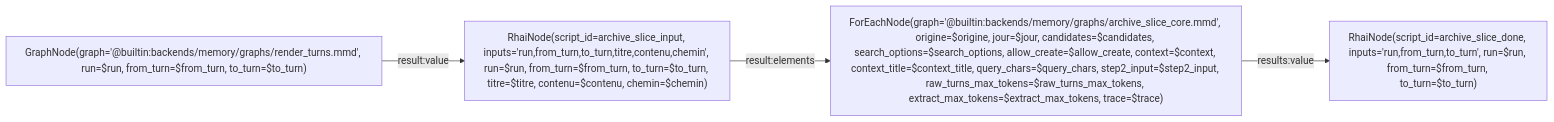
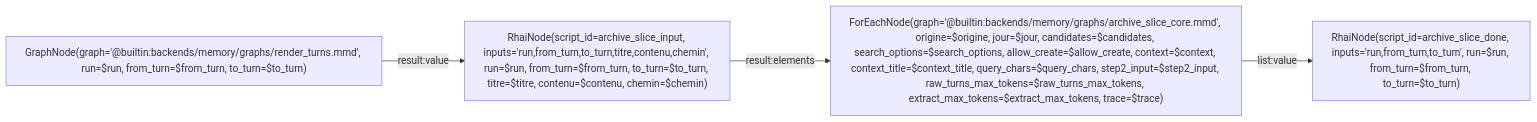
Before and after one commit to L-Defraiteur/rag3db: the diagram in extension/rag3weaver/templates/backends/memory/graphs/archive_slice.mmd, drawn with Mermaid. The commit also changed 2 other files, not shown here.

Commit message:
fix(memoire): render_turns et archive_slice lisent un ForEach par son port list ; les retours à la ligne du rendu hors des chaînes brutes de Rhai

```diff
--- a/extension/rag3weaver/templates/backends/memory/graphs/archive_slice.mmd
+++ b/extension/rag3weaver/templates/backends/memory/graphs/archive_slice.mmd
@@ -1,30 +1,30 @@
 %% tool: archive_slice
 %% description: Files one slice of a conversation in two steps — by run and turn range (the host: the slice is rendered from its Turn rows and kept as its Source) or by contenu (the banc) (18 November 2026, Lucie's form). Step 1, a structured extraction over the whole slice, without the base: the model returns the slice summary, its topics (title, turn ranges, what is said, whether it is still open, free attributes) and the turns set aside. Step 2, one Decide per topic against the recalled fiches, as `archive` does for a section. A turn that no topic covers and no reason sets aside goes to a residual « reste » segment: nothing falls silently. The slice is kept as its Source (L0, written once). Each L1 has the section « turns a-b · <title> ». The report adds `slice_summary` and `open` (the topics still open at the end of the slice) and, with run, `archived_through_turn`: to_turn when the slice is filed without error, from_turn - 1 otherwise (the host files it again). An extraction that is not the requested JSON fails the call, naming response_schema.
 %% param: run string = "" -- The run whose turns are filed (the host's call): the slice is rendered from its Turn rows by render_turns, between from_turn and to_turn. Empty: contenu is filed as given (the banc).
 %% param: from_turn int = 0 -- The first turn of the slice, included.
 %% param: to_turn int = 0 -- The last turn of the slice, included.
 %% param: titre string = "" -- The slice title; empty with run: « run <run>, turns <a>-<b> ».
 %% param: contenu string = "" -- Without run: the slice, in the single form render_turns gives (one « ## turn <n> » per turn, one « ### <role> · <time> » per message).
 %% param: chemin string = "" -- The path of the slice Source; empty with run: sources/<run slug>-turns-<a>-<b>.md.
 %% param: origine string = "run_trace" -- The origin of the Source.
 %% param: jour string = "" -- The day, AAAA-MM-JJ: only for a default path, which archive_slice always gives.
 %% param: candidates int = 5 -- Candidate fiches recalled per topic.
 %% param: search_options json = {"limit": 8} -- The options of the candidate search.
 %% param: allow_create bool = false -- create allowed (off by default, as in archive).
 %% param: context string = "" -- What precedes the slice, shown to the model and never filed.
 %% param: context_title string = "Ce qui précède (déjà rangé, ne pas ranger) :" -- The title before context in the step 2 prompt.
 %% param: query_chars int = 4000 -- The bound of the candidate search query.
 %% param: step2_input string = "both" -- What step 2 reads for a topic: extracted (the extracted « said »), raw_turns (its raw turns) or both.
 %% param: raw_turns_max_tokens int = 12000 -- The bound of the raw turns of one topic, in estimated tokens (characters / 4).
 %% param: extract_max_tokens int = 8192 -- The output bound of the extraction call.
 %% param: trace bool = false -- The report also carries `results`, one entry per topic (as archive).
 %% result: done.result
 
 graph LR
     render["GraphNode(graph='@builtin:backends/memory/graphs/render_turns.mmd', run=$run, from_turn=$from_turn, to_turn=$to_turn)"]
     slice["RhaiNode(script_id=archive_slice_input, inputs='run,from_turn,to_turn,titre,contenu,chemin', run=$run, from_turn=$from_turn, to_turn=$to_turn, titre=$titre, contenu=$contenu, chemin=$chemin)"]
     core["ForEachNode(graph='@builtin:backends/memory/graphs/archive_slice_core.mmd', origine=$origine, jour=$jour, candidates=$candidates, search_options=$search_options, allow_create=$allow_create, context=$context, context_title=$context_title, query_chars=$query_chars, step2_input=$step2_input, raw_turns_max_tokens=$raw_turns_max_tokens, extract_max_tokens=$extract_max_tokens, trace=$trace)"]
     done["RhaiNode(script_id=archive_slice_done, inputs='run,from_turn,to_turn', run=$run, from_turn=$from_turn, to_turn=$to_turn)"]
     render -->|result:value| slice
     slice -->|result:elements| core
-    core -->|results:value| done
+    core -->|list:value| done
```
